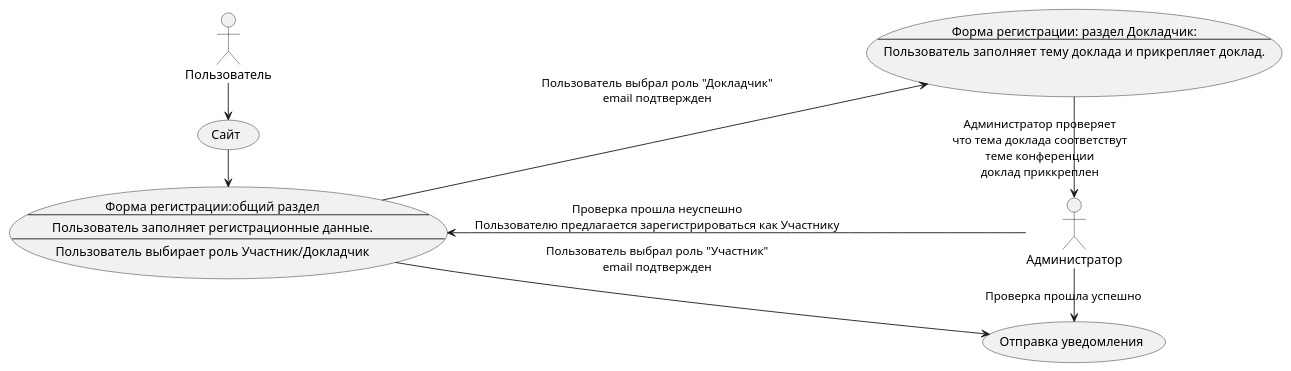
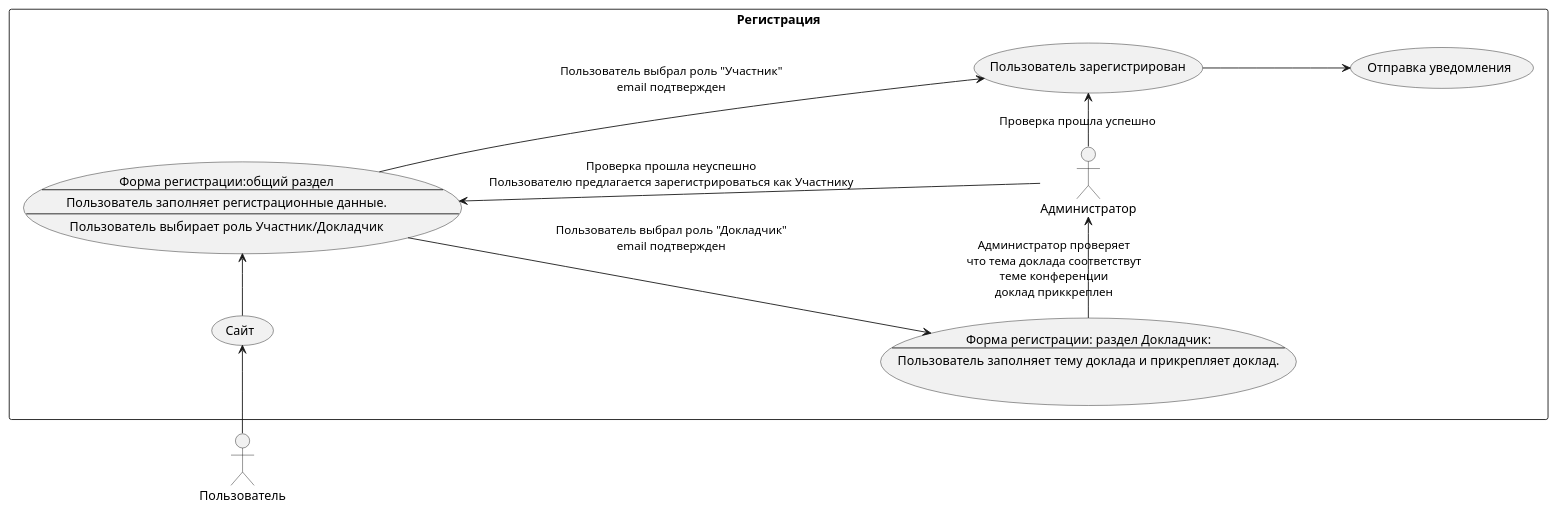
One commit to LenokGl/school changed the diagram in docs/README.md. Above: the diagram before and after it, drawn with PlantUML. The commit also changed 3 other files, not shown here.

````diff
--- a/docs/README.md
+++ b/docs/README.md
@@ -75,25 +75,33 @@
 ```plantuml
 @startuml
+
 left to right direction
 actor "Пользователь" as User
+rectangle "Регистрация" as Registration {
 actor "Администратор" as Admin
 usecase UC1 as "Форма регистрации:общий раздел
 --
 Пользователь заполняет регистрационные данные.
 --
 Пользователь выбирает роль Участник/Докладчик"
 
 usecase UC2 as "Форма регистрации: раздел Докладчик:
 --
 Пользователь заполняет тему доклада и прикрепляет доклад."
 
+usecase UC3 as "Отправка уведомления"
+
 User -> (Сайт)
 (Сайт) -> UC1
-UC1 -> (Отправка уведомления) : Пользователь выбрал роль "Участник"\nemail подтвержден
+UC1 -> (Пользователь зарегистрирован) : Пользователь выбрал роль "Участник"\nemail подтвержден
 UC1 --> UC2 : Пользователь выбрал роль "Докладчик"\nemail подтвержден
 UC2-> Admin : Администратор проверяет\nчто тема доклада соответствут\nтеме конференции\nдоклад приккреплен
-Admin -> (Отправка уведомления):Проверка прошла успешно
+Admin -> (Пользователь зарегистрирован):Проверка прошла успешно
 Admin -> UC1: Проверка прошла неуспешно\nПользователю предлагается зарегистрироваться как Участнику
+(Пользователь зарегистрирован) --> UC3
+
+}
+
 @enduml
 
 ```
````
